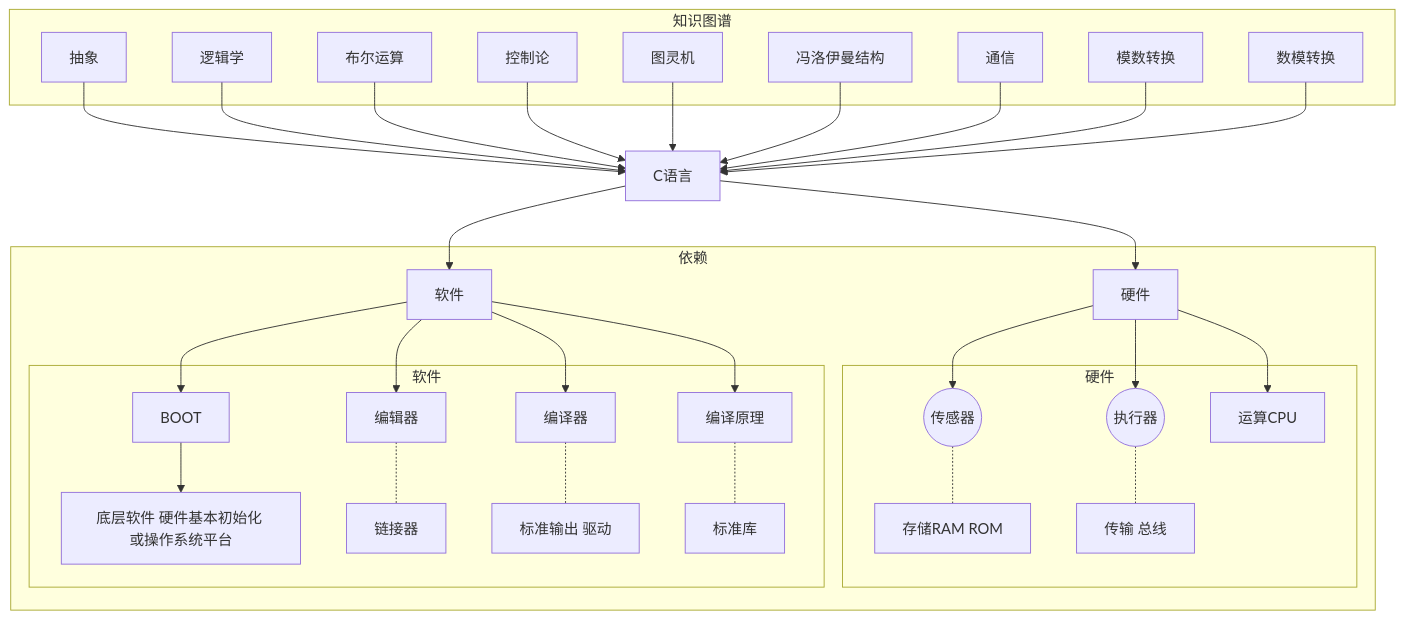
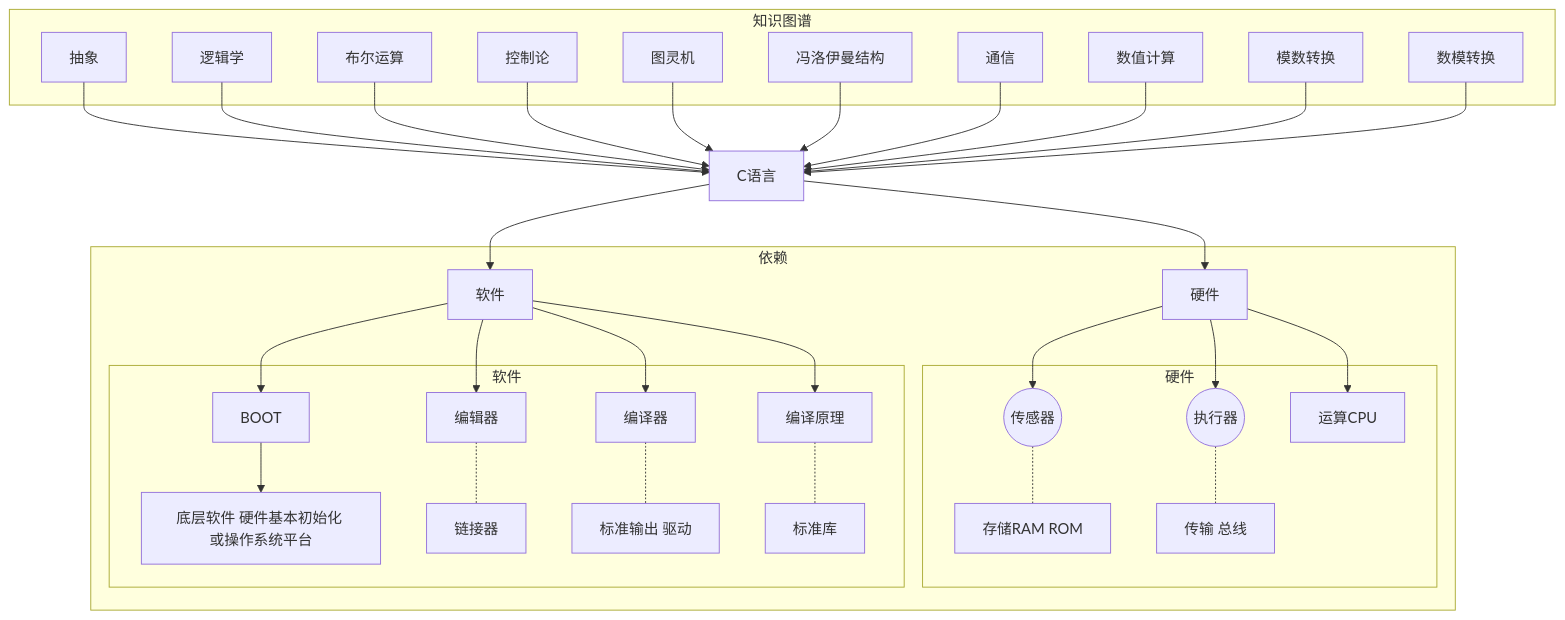
Before and after one commit to xuan07472/embedded_programming_skills: the second of 2 diagrams in 0_doc/02-C语言框架讲解.md, drawn with Mermaid. The commit also changed other lines of this file and 1 other file, not shown here.

````diff
--- a/0_doc/02-C语言框架讲解.md
+++ b/0_doc/02-C语言框架讲解.md
@@ -21,59 +24,61 @@
 ```mermaid
 graph TB
 subgraph 知识图谱
 D[抽象]
 E[逻辑学]
 F[布尔运算]
 G[控制论]
 H[图灵机]
 I[冯洛伊曼结构]
 J[通信]
+J1[数值计算]
 K[模数转换]
 L[数模转换]
 end
 D --> M[C语言]
 E --> M
 F --> M
 G --> M
 H --> M
 I --> M
 J --> M
+J1 --> M
 K --> M
 L --> M
 subgraph 依赖
     N[硬件]
     subgraph 硬件
     O((传感器))
     P((执行器))
     Q[运算CPU]
 	R[存储RAM ROM]
 	S[传输 总线]
     end
     S1[软件]
     subgraph 软件
     T[BOOT]
     T1[底层软件 硬件基本初始化 或操作系统平台]
     U[编辑器]
     V[编译器]
     W[编译原理]
     X[链接器]
     Y[标准输出 驱动]
     Z[标准库]
     end
 end
 N --> O
 N --> P
 N --> Q
 O -.- R
 P -.- S
 M --> N
 M --> S1
 T --> T1
 U -.- X
 V -.- Y
 W -.- Z
 S1 --> T
 S1 --> U
 S1 --> V
 S1 --> W
 ```
````
